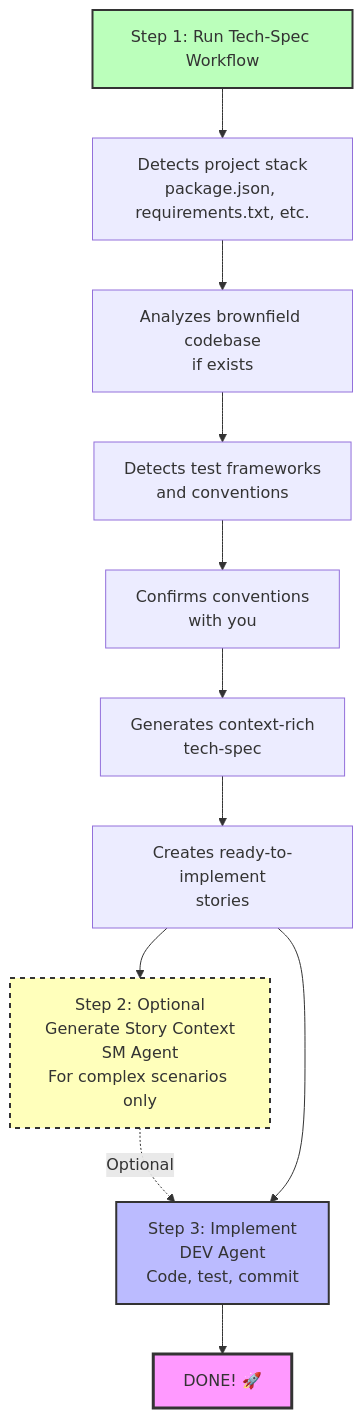
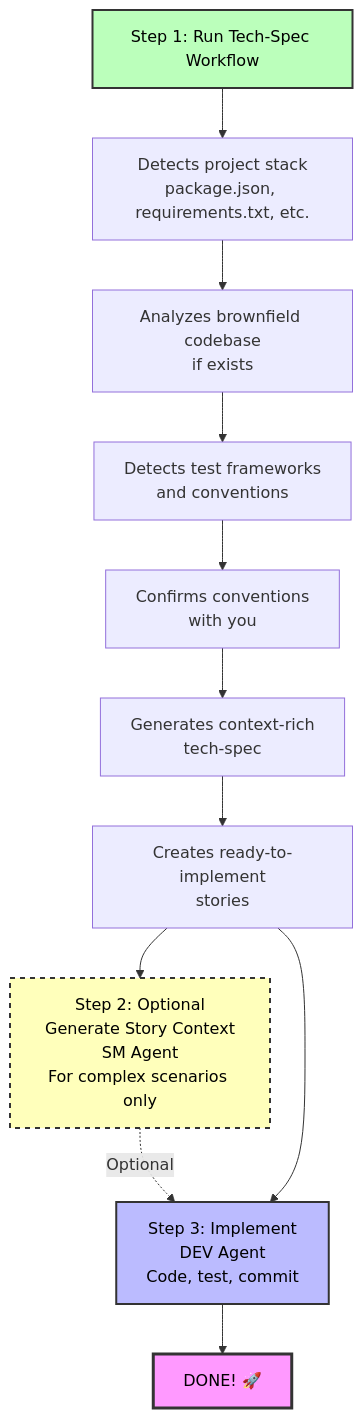
The diagram in bmad/bmm/docs/quick-spec-flow.md (steven-d-pennington/symptom-tracker), drawn with Mermaid before and after one commit. The commit also changed other lines of this file and 204 other files, not shown here.

````diff
--- a/bmad/bmm/docs/quick-spec-flow.md
+++ b/bmad/bmm/docs/quick-spec-flow.md
@@ -36,32 +36,32 @@
 ```mermaid
 flowchart TD
     START[Step 1: Run Tech-Spec Workflow]
     DETECT[Detects project stack<br/>package.json, requirements.txt, etc.]
     ANALYZE[Analyzes brownfield codebase<br/>if exists]
     TEST[Detects test frameworks<br/>and conventions]
     CONFIRM[Confirms conventions<br/>with you]
     GENERATE[Generates context-rich<br/>tech-spec]
     STORIES[Creates ready-to-implement<br/>stories]
 
     OPTIONAL[Step 2: Optional<br/>Generate Story Context<br/>SM Agent<br/>For complex scenarios only]
 
     IMPL[Step 3: Implement<br/>DEV Agent<br/>Code, test, commit]
 
     DONE[DONE! 🚀]
 
     START --> DETECT
     DETECT --> ANALYZE
     ANALYZE --> TEST
     TEST --> CONFIRM
     CONFIRM --> GENERATE
     GENERATE --> STORIES
     STORIES --> OPTIONAL
     OPTIONAL -.->|Optional| IMPL
     STORIES --> IMPL
     IMPL --> DONE
 
-    style START fill:#bfb,stroke:#333,stroke-width:2px
-    style OPTIONAL fill:#ffb,stroke:#333,stroke-width:2px,stroke-dasharray: 5 5
-    style IMPL fill:#bbf,stroke:#333,stroke-width:2px
-    style DONE fill:#f9f,stroke:#333,stroke-width:3px
+    style START fill:#bfb,stroke:#333,stroke-width:2px,color:#000
+    style OPTIONAL fill:#ffb,stroke:#333,stroke-width:2px,stroke-dasharray: 5 5,color:#000
+    style IMPL fill:#bbf,stroke:#333,stroke-width:2px,color:#000
+    style DONE fill:#f9f,stroke:#333,stroke-width:3px,color:#000
 ```
````
